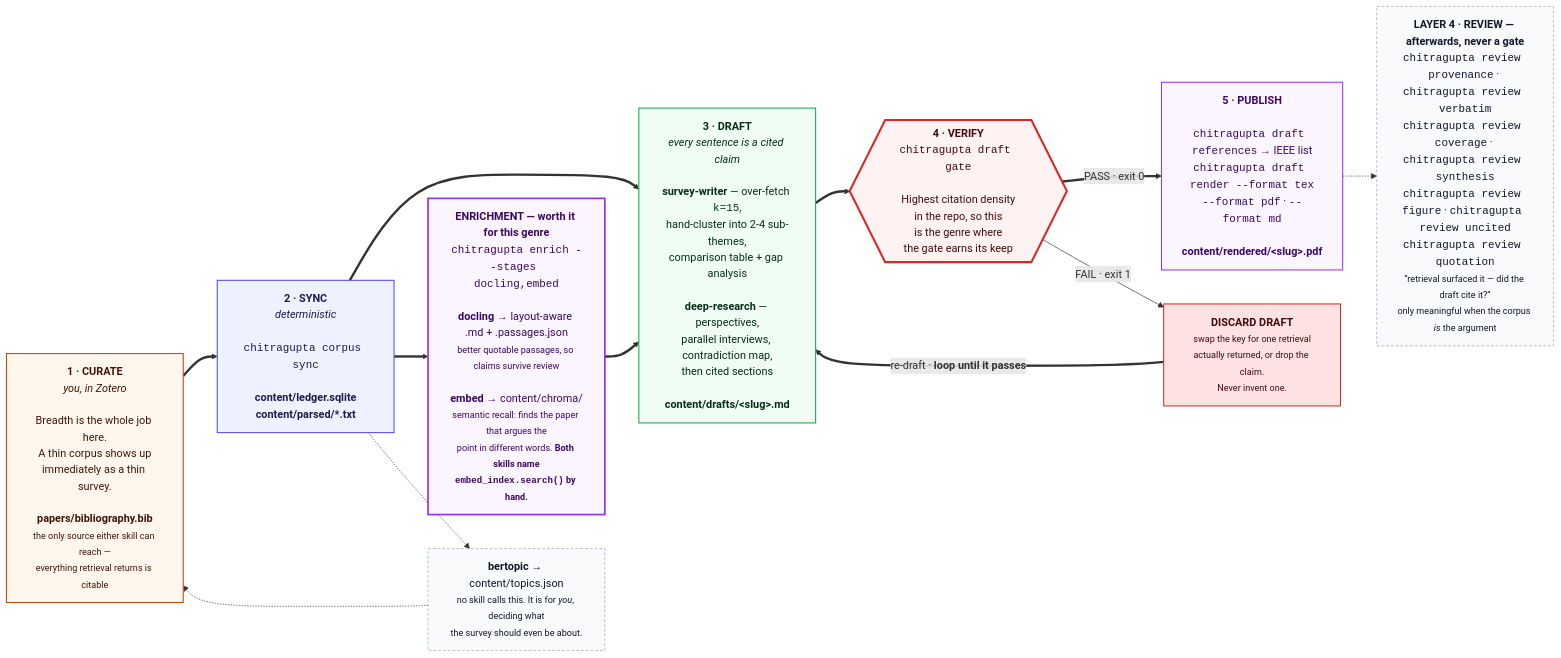
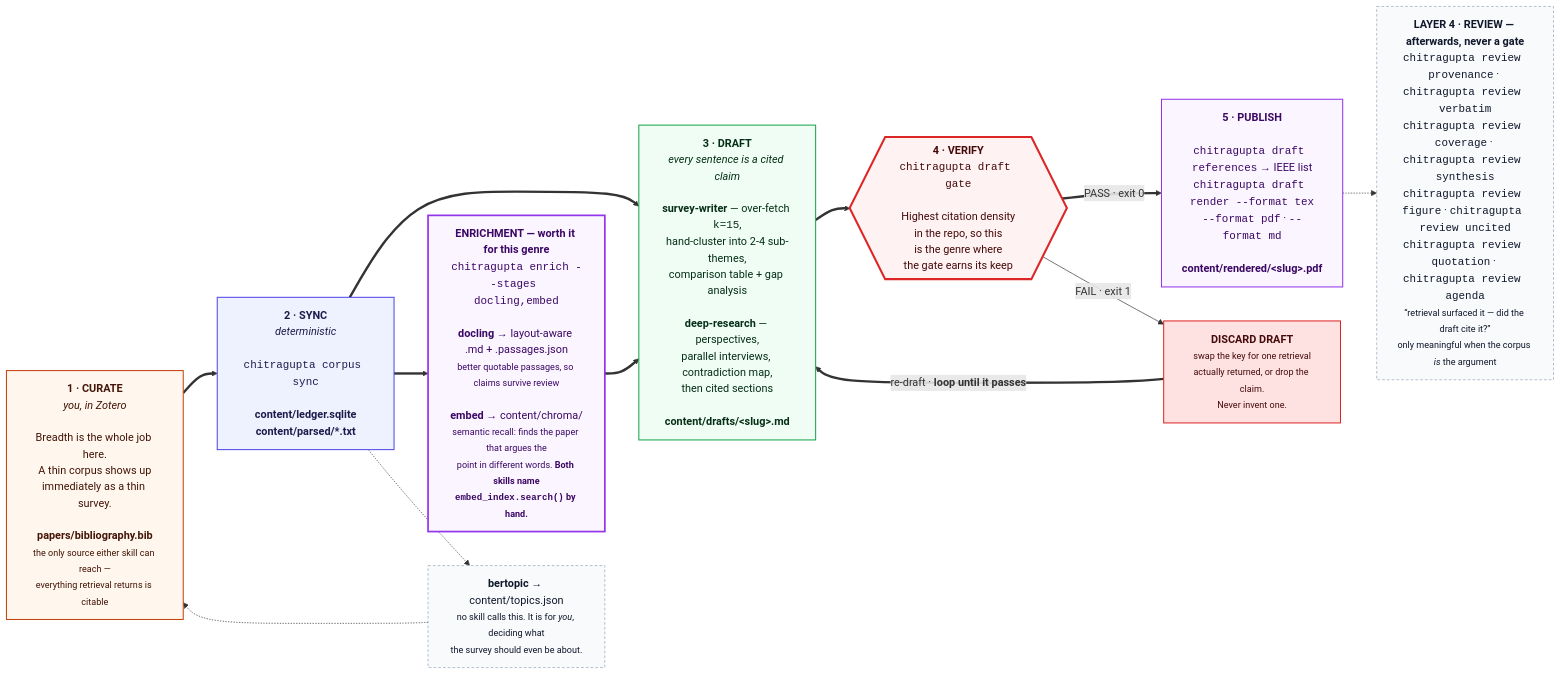
One commit to prasadtalasila/chitragupta changed the seventh of 11 diagrams in docs/DIAGRAMS.md. Above: the diagram before and after it, drawn with Mermaid. The commit also changed other lines of this file and 32 other files, not shown here.

Commit message:
Merge the six review aids' reports, style_check's prose findings and the dossier's drift report into one ranked worklist: the agenda aid (#381)

````diff
--- a/docs/DIAGRAMS.md
+++ b/docs/DIAGRAMS.md
@@ -678,47 +679,47 @@
 ```mermaid
 flowchart LR
 
   P0["<b>1 · CURATE</b><br/><i>you, in Zotero</i><br/><br/>Breadth is the whole job here.<br/>A thin corpus shows up<br/>immediately as a thin survey.<br/><br/><b>papers/bibliography.bib</b><br/><small>the only source either skill can reach —<br/>everything retrieval returns is citable</small>"]
 
   P1["<b>2 · SYNC</b><br/><i>deterministic</i><br/><br/><code>chitragupta corpus sync</code><br/><br/><b>content/ledger.sqlite</b><br/><b>content/parsed/*.txt</b>"]
 
   HEAVY["<b>ENRICHMENT — worth it for this genre</b><br/><code>chitragupta enrich --stages docling,embed</code><br/><br/><b>docling</b> → layout-aware .md + .passages.json<br/><small>better quotable passages, so claims survive review</small><br/><br/><b>embed</b> → content/chroma/<br/><small>semantic recall: finds the paper that argues the<br/>point in different words. <b>Both skills name<br/><code>embed_index.search()</code> by hand.</b></small>"]
 
   P2["<b>3 · DRAFT</b><br/><i>every sentence is a cited claim</i><br/><br/><b>survey-writer</b> — over-fetch <code>k=15</code>,<br/>hand-cluster into 2-4 sub-themes,<br/>comparison table + gap analysis<br/><br/><b>deep-research</b> — perspectives,<br/>parallel interviews, contradiction map,<br/>then cited sections<br/><br/><b>content/drafts/&lt;slug&gt;.md</b>"]
 
   P3{{"<b>4 · VERIFY</b><br/><code>chitragupta draft gate</code><br/><br/>Highest citation density<br/>in the repo, so this<br/>is the genre where<br/>the gate earns its keep"}}
 
   FIX["<b>DISCARD DRAFT</b><br/><small>swap the key for one retrieval<br/>actually returned, or drop the claim.<br/>Never invent one.</small>"]
 
   P4["<b>5 · PUBLISH</b><br/><br/><code>chitragupta draft references</code> → IEEE list<br/><code>chitragupta draft render --format tex</code><br/><code>--format pdf</code> · <code>--format md</code><br/><br/><b>content/rendered/&lt;slug&gt;.pdf</b>"]
 
-  AID["<b>LAYER 4 · REVIEW — afterwards, never a gate</b><br/><code>chitragupta review provenance</code> · <code>chitragupta review verbatim</code><br/><code>chitragupta review coverage</code> · <code>chitragupta review synthesis</code><br/><code>chitragupta review figure</code> · <code>chitragupta review uncited</code><br/><code>chitragupta review quotation</code><br/><small>“retrieval surfaced it — did the draft cite it?”<br/>only meaningful when the corpus <i>is</i> the argument</small>"]
+  AID["<b>LAYER 4 · REVIEW — afterwards, never a gate</b><br/><code>chitragupta review provenance</code> · <code>chitragupta review verbatim</code><br/><code>chitragupta review coverage</code> · <code>chitragupta review synthesis</code><br/><code>chitragupta review figure</code> · <code>chitragupta review uncited</code><br/><code>chitragupta review quotation</code> · <code>chitragupta review agenda</code><br/><small>“retrieval surfaced it — did the draft cite it?”<br/>only meaningful when the corpus <i>is</i> the argument</small>"]
 
   BERT["<b>bertopic</b> → content/topics.json<br/><small>no skill calls this. It is for <i>you</i>, deciding what<br/>the survey should even be about.</small>"]
 
   P0 ==> P1 ==> P2 ==> P3
   P1 ==> HEAVY ==> P2
   P3 == "PASS · exit 0" ==> P4
   P3 -- "FAIL · exit 1" --> FIX
   FIX == "re-draft · <b>loop until it passes</b>" ==> P2
   P4 -.-> AID
   P1 -.-> BERT -.-> P0
 
   classDef you fill:#fff7ed,stroke:#c2410c,stroke-width:1.5px,color:#431407
   classDef det fill:#eef2ff,stroke:#4f46e5,stroke-width:1.5px,color:#1e1b4b
   classDef gen fill:#f0fdf4,stroke:#16a34a,stroke-width:1.5px,color:#052e16
   classDef gate fill:#fef2f2,stroke:#dc2626,stroke-width:3px,color:#450a0a
   classDef out fill:#faf5ff,stroke:#9333ea,stroke-width:1.5px,color:#3b0764
   classDef bad fill:#fee2e2,stroke:#dc2626,stroke-width:1.5px,color:#450a0a
   classDef heavy fill:#faf5ff,stroke:#9333ea,stroke-width:2.5px,color:#3b0764
   classDef aid fill:#f8fafc,stroke:#94a3b8,stroke-dasharray:4 3,color:#0f172a
 
   class P0 you
   class P1 det
   class P2 gen
   class P3 gate
   class P4 out
   class FIX bad
   class HEAVY heavy
   class AID,BERT aid
 ```
````
